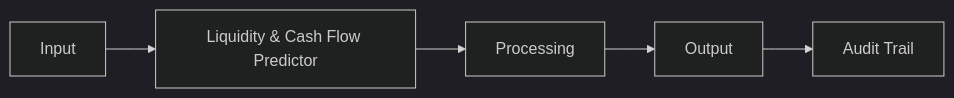
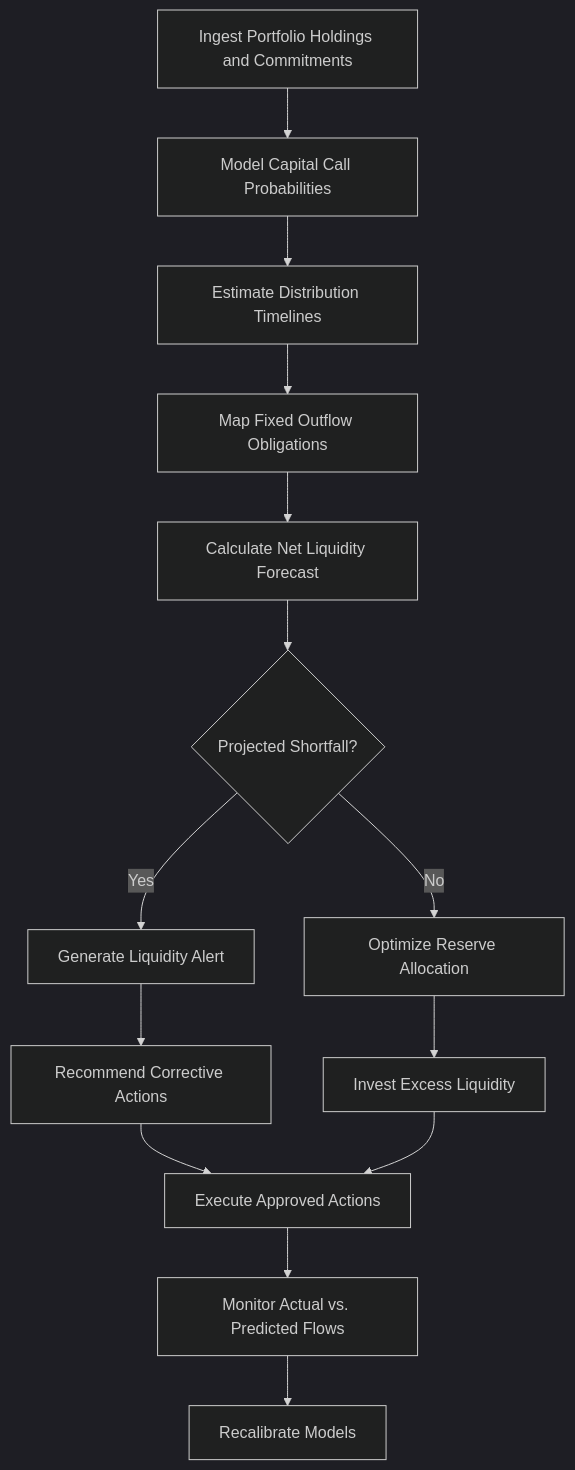
One commit to andrew-leo-2024/marketplace-docs changed the diagram in docs/audiences/06-family-offices/liquidity-cash-flow-predictor.mdx. Above: the diagram before and after it, drawn with Mermaid (dark theme). The commit also changed other lines of this file and 401 other files, not shown here.

````diff
--- a/docs/audiences/06-family-offices/liquidity-cash-flow-predictor.mdx
+++ b/docs/audiences/06-family-offices/liquidity-cash-flow-predictor.mdx
@@ -29,7 +35,16 @@
 ```mermaid
-graph LR
-    A[Input] --> B[Liquidity & Cash Flow Predictor]
-    B --> C[Processing]
-    C --> D[Output]
-    D --> E[Audit Trail]
+graph TD
+    A[Ingest Portfolio Holdings and Commitments] --> B[Model Capital Call Probabilities]
+    B --> C[Estimate Distribution Timelines]
+    C --> D[Map Fixed Outflow Obligations]
+    D --> E[Calculate Net Liquidity Forecast]
+    E --> F{Projected Shortfall?}
+    F -->|Yes| G[Generate Liquidity Alert]
+    F -->|No| H[Optimize Reserve Allocation]
+    G --> I[Recommend Corrective Actions]
+    H --> J[Invest Excess Liquidity]
+    I --> K[Execute Approved Actions]
+    J --> K
+    K --> L[Monitor Actual vs. Predicted Flows]
+    L --> M[Recalibrate Models]
 ```
````
